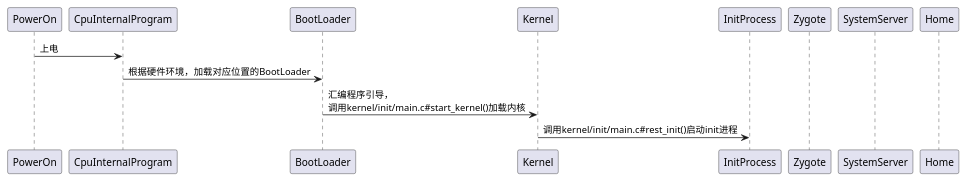
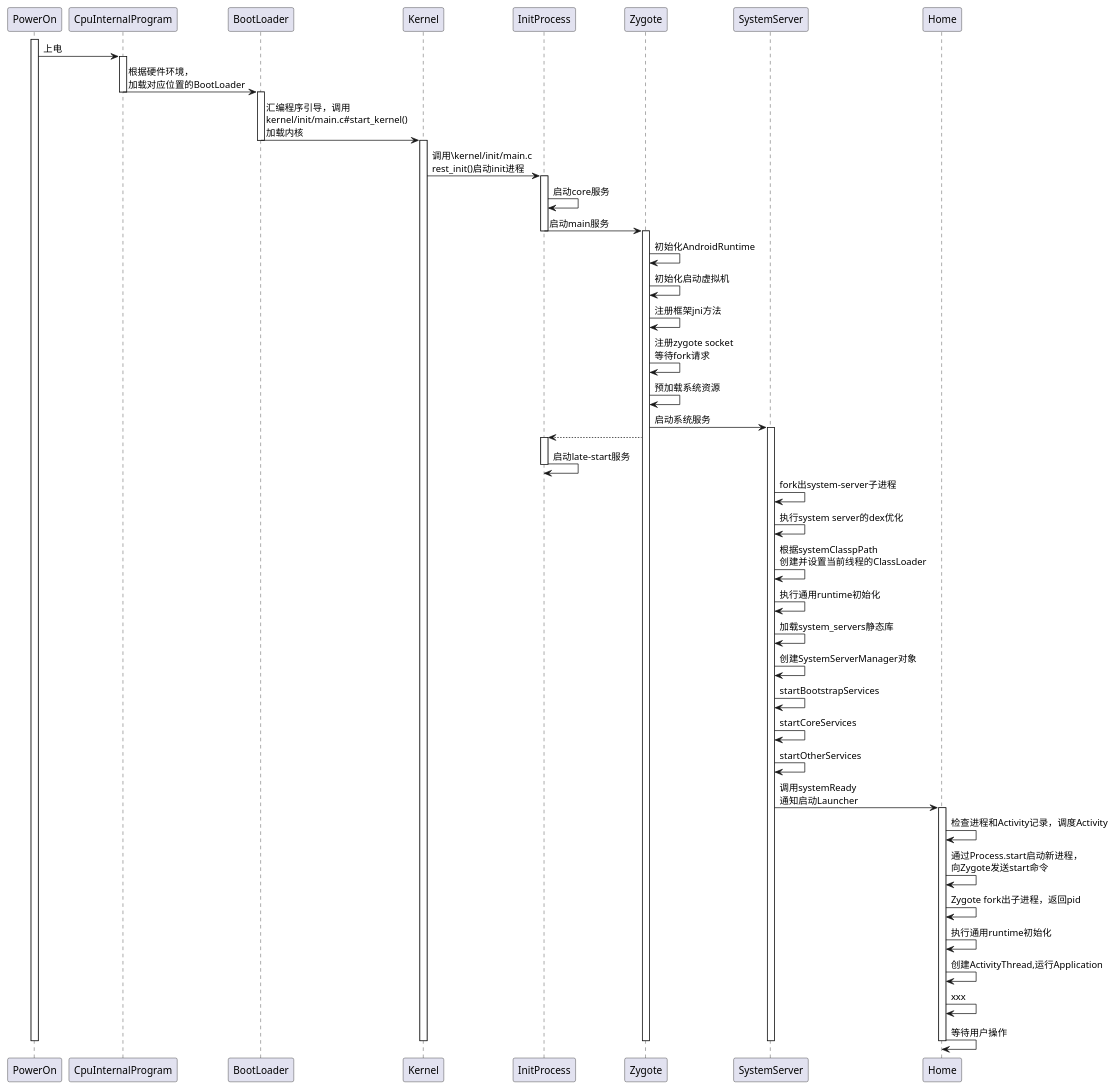
The diagram in uml/1_android_start/android_start.puml (heavy-james/AndroidStartSequence), drawn with PlantUML before and after one commit. The commit also changed 1 other file, not shown here.

Commit message:
optmize android_start.puml

```diff
--- a/uml/1_android_start/android_start.puml
+++ b/uml/1_android_start/android_start.puml
@@ -1,33 +1,82 @@
 @startuml
-
-'participants below
 
 participant "PowerOn"
 
-participant "CpuInternalProgram" as CpuInPg
+participant CpuInPg as "CpuInternalProgram"
 
-participant "BootLoader"
+participant BootLoader as "BootLoader"
 
-participant "Kernel"
+participant Kernel as "Kernel"
 
-participant "InitProcess"
+participant InitProcess as "InitProcess"
 
-participant "Zygote"
+participant Zygote as "Zygote"
 
-participant "SystemServer"
+participant SystemServer as "SystemServer"
 
-participant "Home"
+participant Home as "Home"
 
 'sequence below
 
+activate PowerOn
 PowerOn -> CpuInPg : 上电
 
-CpuInPg -> BootLoader : 根据硬件环境，加载对应位置的BootLoader
+activate CpuInPg
+CpuInPg -> BootLoader : 根据硬件环境，\n加载对应位置的BootLoader
+deactivate CpuInPg
 
-BootLoader -> Kernel : 汇编程序引导，\n调用kernel/init/main.c#start_kernel()加载内核
+activate BootLoader
+BootLoader -> Kernel : 汇编程序引导，调用\nkernel/init/main.c#start_kernel()\n加载内核
+deactivate BootLoader
 
-Kernel -> InitProcess : 调用kernel/init/main.c#rest_init()启动init进程
+activate Kernel
+Kernel -> InitProcess : 调用\kernel/init/main.c\nrest_init()启动init进程
+
+activate InitProcess
+InitProcess -> InitProcess : 启动core服务
+InitProcess -> Zygote : 启动main服务
+deactivate InitProcess
+
+activate Zygote
+Zygote -> Zygote : 初始化AndroidRuntime
+Zygote -> Zygote : 初始化启动虚拟机
+Zygote -> Zygote : 注册框架jni方法
+Zygote -> Zygote : 注册zygote socket\
+\n等待fork请求
+Zygote -> Zygote : 预加载系统资源
+Zygote -> SystemServer : 启动系统服务
+
+activate SystemServer
+Zygote --> InitProcess
+activate InitProcess
+InitProcess -> InitProcess : 启动late-start服务
+deactivate InitProcess
 
 
+SystemServer -> SystemServer : fork出system-server子进程
+SystemServer -> SystemServer : 执行system server的dex优化
+SystemServer -> SystemServer : 根据systemClasspPath\
+\n创建并设置当前线程的ClassLoader
+SystemServer -> SystemServer : 执行通用runtime初始化
+SystemServer -> SystemServer : 加载system_servers静态库
+SystemServer -> SystemServer : 创建SystemServerManager对象
+SystemServer -> SystemServer : startBootstrapServices
+SystemServer -> SystemServer : startCoreServices
+SystemServer -> SystemServer : startOtherServices
+SystemServer -> Home : 调用systemReady\n通知启动Launcher
 
+activate Home
+Home -> Home : 检查进程和Activity记录，调度Activity
+Home -> Home : 通过Process.start启动新进程，\n向Zygote发送start命令
+Home -> Home : Zygote fork出子进程，返回pid
+Home -> Home : 执行通用runtime初始化
+Home -> Home : 创建ActivityThread,运行Application
+Home -> Home : xxx
+Home -> Home : 等待用户操作
+
+deactivate Home
+deactivate SystemServer
+deactivate Zygote
+deactivate Kernel
+deactivate PowerOn
 @enduml
```
